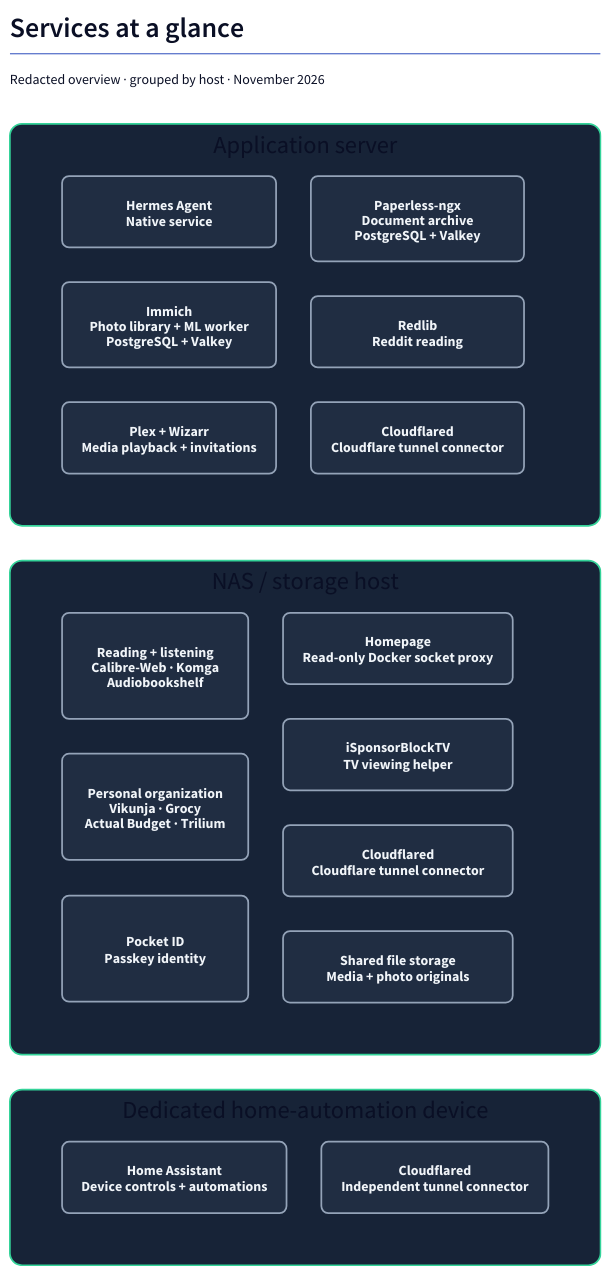
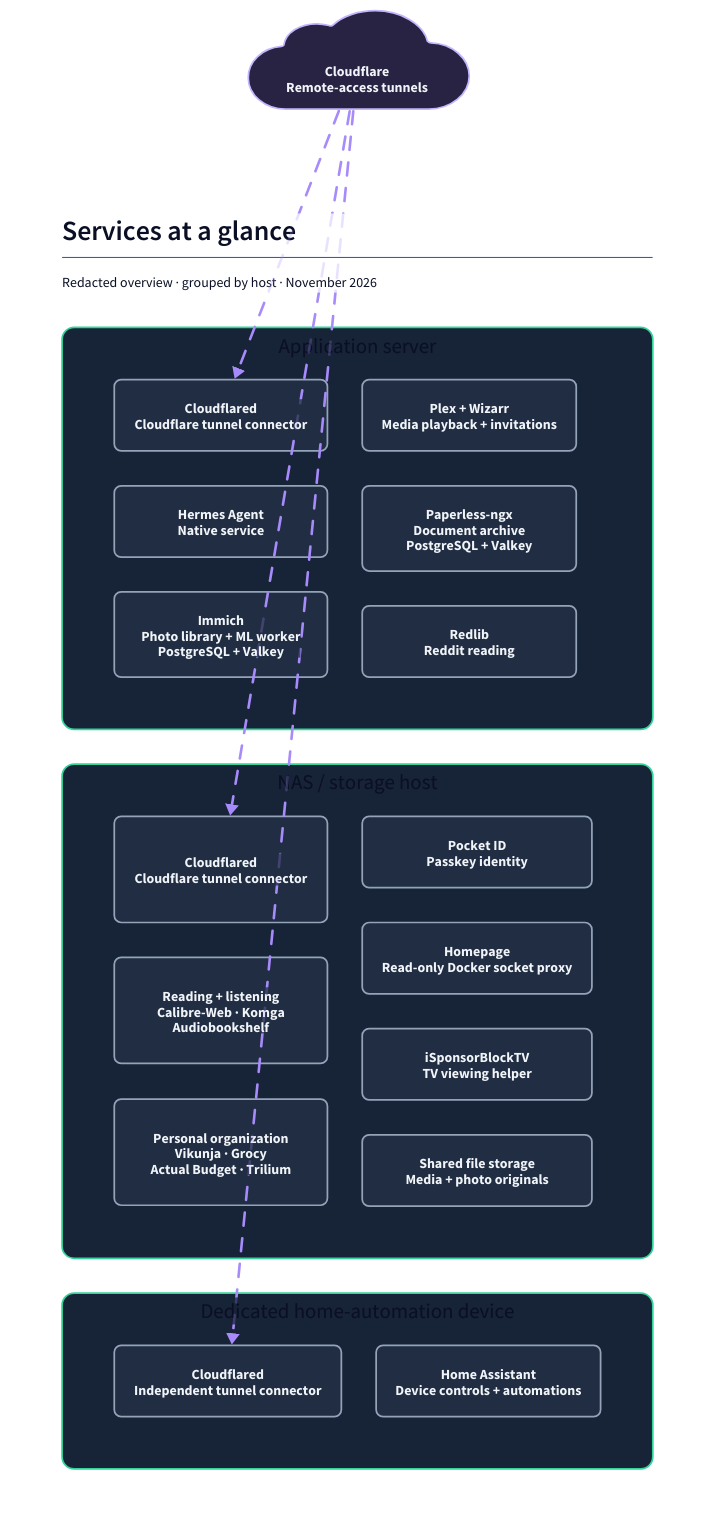
The diagram in assets/diagrams/services-public.d2 (HartR/hartrussell.com), drawn with D2 before and after one commit. The commit also changed 2 other files, not shown here.

Commit message:
Connect Cloudflare cloud to each public diagram tunnel connector

```diff
--- a/assets/diagrams/services-public.d2
+++ b/assets/diagrams/services-public.d2
@@ -1,58 +1,79 @@
 # Public derivative of the private services map, observed 2026-11-11.
 # Generalized service roles only; never copy private source into this repo.
-# Removed addresses, hostnames, VLAN IDs, ports, versions, device/account IDs,
-# filesystem paths, tunnel identifiers, per-service access rules, and retired apps.
-# Editorial scope matches the article; internal connection details are omitted.
-# Render: d2 --layout=dagre --theme=200 --pad=32 --scale=2
+# Addresses, hostnames, VLAN IDs, ports, versions, account identifiers,
+# filesystem paths, tunnel identifiers, and per-service access rules are omitted.
+# Only generalized Cloudflare-to-connector relationships are shown.
+# Render: d2 --layout=tala --theme=200 --pad=32 --scale=2
 
-direction: down
-grid-columns: 1
-
-title: |md
-  # Services at a glance
-  Redacted overview · grouped by host · November 2026
-|
+direction: right
 
 classes: {
   host: {
     style.fill: "#172337"
     style.stroke: "#34d399"
     style.border-radius: 14
   }
   app: {
     style.fill: "#202d42"
     style.stroke: "#94a3b8"
     style.font-color: "#f1f5f9"
     style.border-radius: 8
   }
+  tunnel: {
+    style.stroke: "#a78bfa"
+    style.stroke-dash: 5
+    style.stroke-width: 3
+  }
 }
 
-server: "Application server" {
-  class: host
-  grid-columns: 2
-  native: "Hermes Agent\nNative service" { class: app }
-  photos: "Immich\nPhoto library + ML worker\nPostgreSQL + Valkey" { class: app }
-  media: "Plex + Wizarr\nMedia playback + invitations" { class: app }
-  documents: "Paperless-ngx\nDocument archive\nPostgreSQL + Valkey" { class: app }
-  reading: "Redlib\nReddit reading" { class: app }
-  connector: "Cloudflared\nCloudflare tunnel connector" { class: app }
+cloudflare: "Cloudflare\nRemote-access tunnels" {
+  shape: cloud
+  style.fill: "#282342"
+  style.stroke: "#c4b5fd"
+  style.font-color: "#f1f5f9"
 }
 
-nas: "NAS / storage host" {
-  class: host
-  grid-columns: 2
-  books: "Reading + listening\nCalibre-Web · Komga\nAudiobookshelf" { class: app }
-  organization: "Personal organization\nVikunja · Grocy\nActual Budget · Trilium" { class: app }
-  identity: "Pocket ID\nPasskey identity" { class: app }
-  dashboard: "Homepage\nRead-only Docker socket proxy" { class: app }
-  viewing: "iSponsorBlockTV\nTV viewing helper" { class: app }
-  connector: "Cloudflared\nCloudflare tunnel connector" { class: app }
-  storage: "Shared file storage\nMedia + photo originals" { class: app }
+overview: "" {
+  grid-columns: 1
+  style.fill: transparent
+  style.stroke: transparent
+
+  title: |md
+    # Services at a glance
+    Redacted overview · grouped by host · November 2026
+  |
+
+  server: "Application server" {
+    class: host
+    grid-columns: 2
+    connector: "Cloudflared\nCloudflare tunnel connector" { class: app }
+    native: "Hermes Agent\nNative service" { class: app }
+    photos: "Immich\nPhoto library + ML worker\nPostgreSQL + Valkey" { class: app }
+    media: "Plex + Wizarr\nMedia playback + invitations" { class: app }
+    documents: "Paperless-ngx\nDocument archive\nPostgreSQL + Valkey" { class: app }
+    reading: "Redlib\nReddit reading" { class: app }
+  }
+
+  nas: "NAS / storage host" {
+    class: host
+    grid-columns: 2
+    connector: "Cloudflared\nCloudflare tunnel connector" { class: app }
+    books: "Reading + listening\nCalibre-Web · Komga\nAudiobookshelf" { class: app }
+    organization: "Personal organization\nVikunja · Grocy\nActual Budget · Trilium" { class: app }
+    identity: "Pocket ID\nPasskey identity" { class: app }
+    dashboard: "Homepage\nRead-only Docker socket proxy" { class: app }
+    viewing: "iSponsorBlockTV\nTV viewing helper" { class: app }
+    storage: "Shared file storage\nMedia + photo originals" { class: app }
+  }
+
+  home: "Dedicated home-automation device" {
+    class: host
+    grid-columns: 2
+    connector: "Cloudflared\nIndependent tunnel connector" { class: app }
+    app: "Home Assistant\nDevice controls + automations" { class: app }
+  }
 }
 
-home: "Dedicated home-automation device" {
-  class: host
-  grid-columns: 2
-  app: "Home Assistant\nDevice controls + automations" { class: app }
-  connector: "Cloudflared\nIndependent tunnel connector" { class: app }
-}
+cloudflare -> overview.server.connector: { class: tunnel }
+cloudflare -> overview.nas.connector: { class: tunnel }
+cloudflare -> overview.home.connector: { class: tunnel }
```
